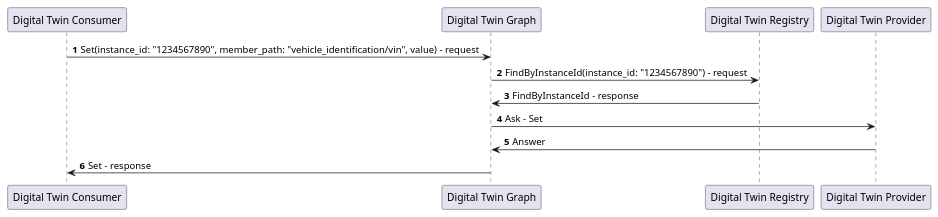
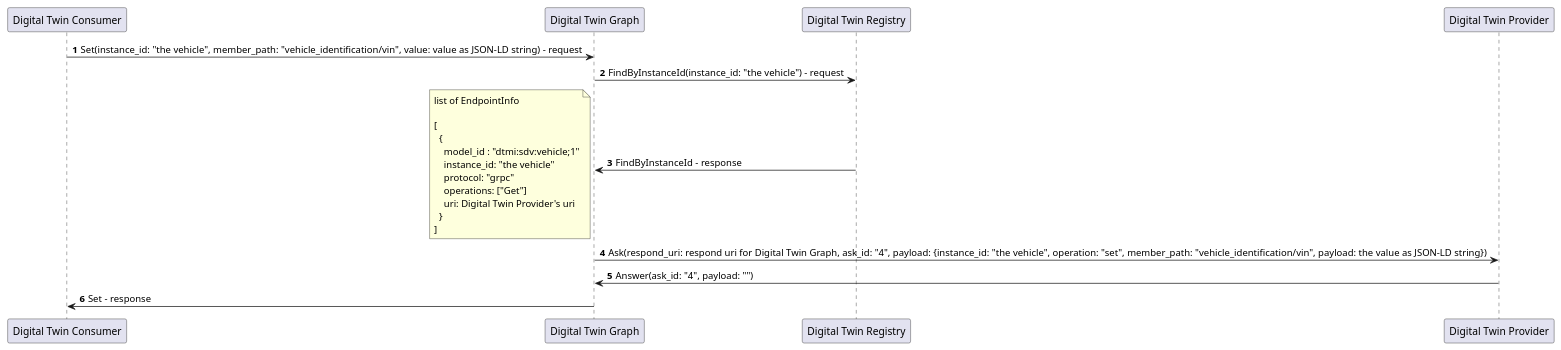
The diagram in docs/design/modules/digital_twin_graph/diagrams/set_sequence.puml (eclipse-ibeji/ibeji), drawn with PlantUML before and after one commit. The commit also changed 9 other files, not shown here.

Commit message:
Digital Twin Graph

```diff
--- a/docs/design/modules/digital_twin_graph/diagrams/set_sequence.puml
+++ b/docs/design/modules/digital_twin_graph/diagrams/set_sequence.puml
@@ -1,21 +1,33 @@
 @startuml
 
 autonumber
 
 participant "Digital Twin Consumer" as CONSUMER
 participant "Digital Twin Graph" as DIGITAL_TWIN_GRAPH
 participant "Digital Twin Registry" as DIGITAL_TWIN_REGISTRY
 participant "Digital Twin Provider" as PROVIDER
 
-CONSUMER -> DIGITAL_TWIN_GRAPH: Set(instance_id: "1234567890", member_path: "vehicle_identification/vin", value) - request
+CONSUMER -> DIGITAL_TWIN_GRAPH: Set(instance_id: "the vehicle", member_path: "vehicle_identification/vin", value: value as JSON-LD string) - request
 
-DIGITAL_TWIN_GRAPH -> DIGITAL_TWIN_REGISTRY: FindByInstanceId(instance_id: "1234567890") - request
+DIGITAL_TWIN_GRAPH -> DIGITAL_TWIN_REGISTRY: FindByInstanceId(instance_id: "the vehicle") - request
 DIGITAL_TWIN_GRAPH <- DIGITAL_TWIN_REGISTRY: FindByInstanceId - response
+note left
+  list of EndpointInfo
 
-DIGITAL_TWIN_GRAPH -> PROVIDER: Ask - Set
+  [
+    {
+      model_id : "dtmi:sdv:vehicle;1"
+      instance_id: "the vehicle"
+      protocol: "grpc"
+      operations: ["Get"]
+      uri: Digital Twin Provider's uri
+    }
+  ]
+end note
 
-DIGITAL_TWIN_GRAPH <- PROVIDER: Answer
+DIGITAL_TWIN_GRAPH -> PROVIDER: Ask(respond_uri: respond uri for Digital Twin Graph, ask_id: "4", payload: {instance_id: "the vehicle", operation: "set", member_path: "vehicle_identification/vin", payload: the value as JSON-LD string})
+DIGITAL_TWIN_GRAPH <- PROVIDER: Answer(ask_id: "4", payload: "")
 
 CONSUMER <- DIGITAL_TWIN_GRAPH: Set - response
 
 @enduml
```
